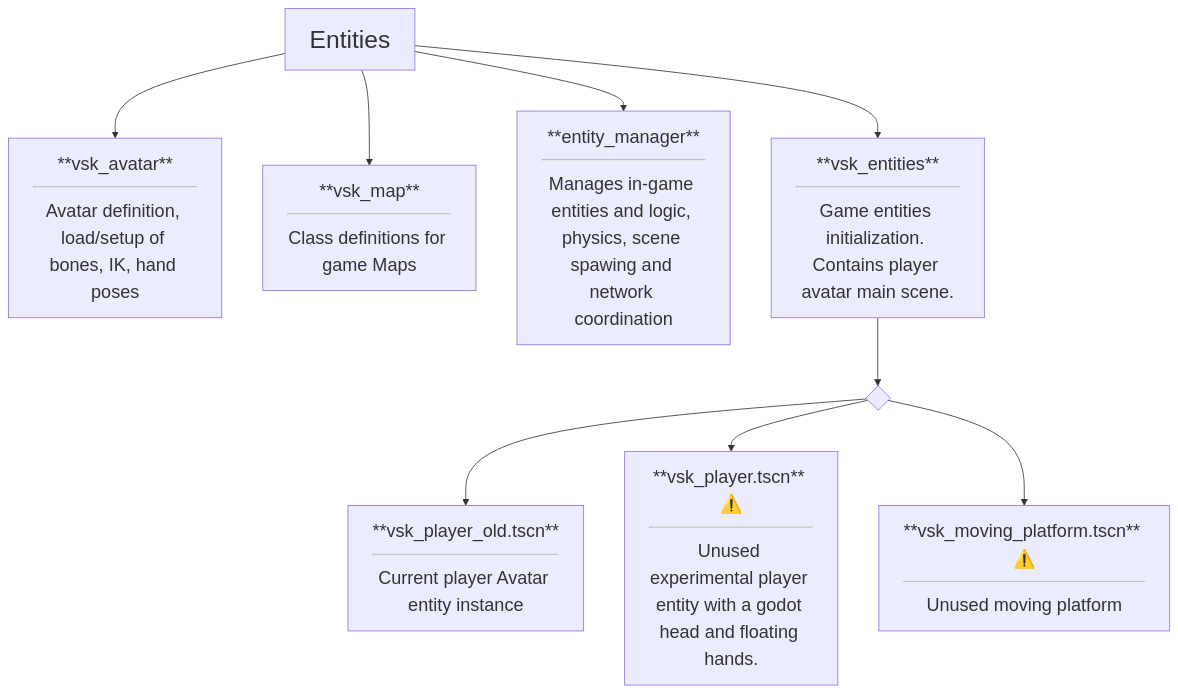
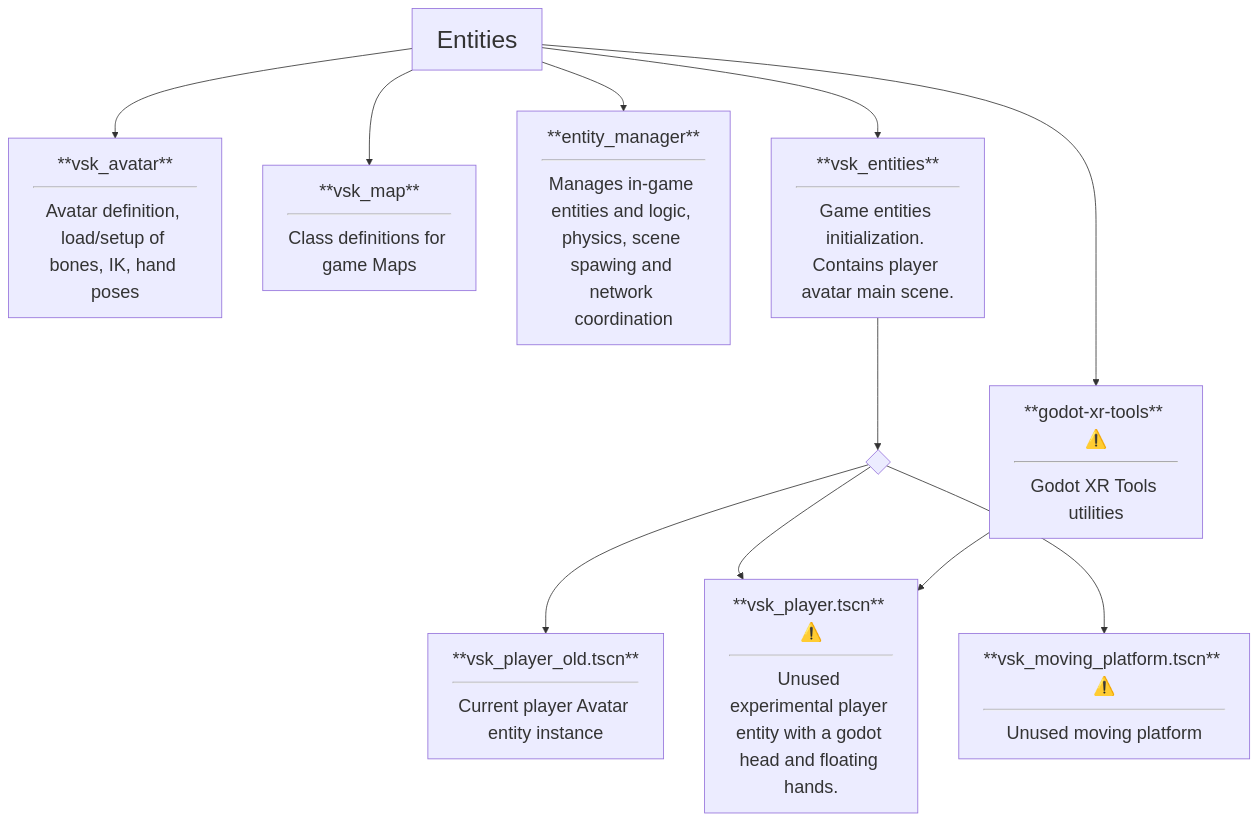
Before and after one commit to dragonhunt02/v-sekai-game: the fourth of 9 diagrams in test2.md, drawn with Mermaid. The commit also changed other lines of this file, not shown here.

````diff
--- a/test2.md
+++ b/test2.md
@@ -47,16 +47,18 @@
 ```mermaid
 %%{init: {'themeVariables': { 'fontSize': '22px' }}}%%
 flowchart TD
         Entities --> addon35[**vsk_avatar**<hr>Avatar definition, load/setup of bones, IK, hand poses]
         Entities --> addon4[**vsk_map**<hr>Class definitions for game Maps]
         Entities --> addon30[**entity_manager**<hr>Manages in-game entities and logic, physics, scene spawing and network coordination]
         Entities --> addon36[**vsk_entities**<hr>Game entities initialization. Contains player avatar main scene.]
             addon36 --> ctrl0{" "}
             ctrl0 --> dir2[**vsk_player_old.tscn**<hr>Current player Avatar entity instance]
             ctrl0 --> dir3[**vsk_player.tscn** ⚠️<hr>Unused experimental player entity with a godot head and floating hands.]
             ctrl0 --> dir4[**vsk_moving_platform.tscn** ⚠️<hr>Unused moving platform]
+        Entities --> addon40[**godot-xr-tools** ⚠️<hr>Godot XR Tools utilities]
+        addon40 --> dir3
 
     classDef Category font-size:30px
     class Entities Category
 
 ```
````
